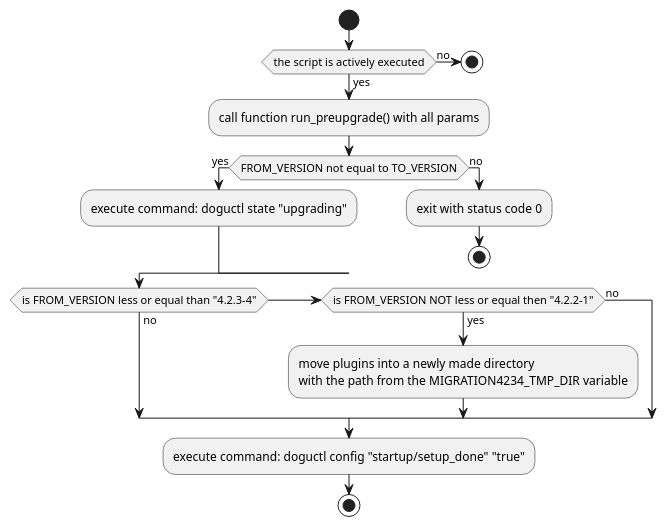
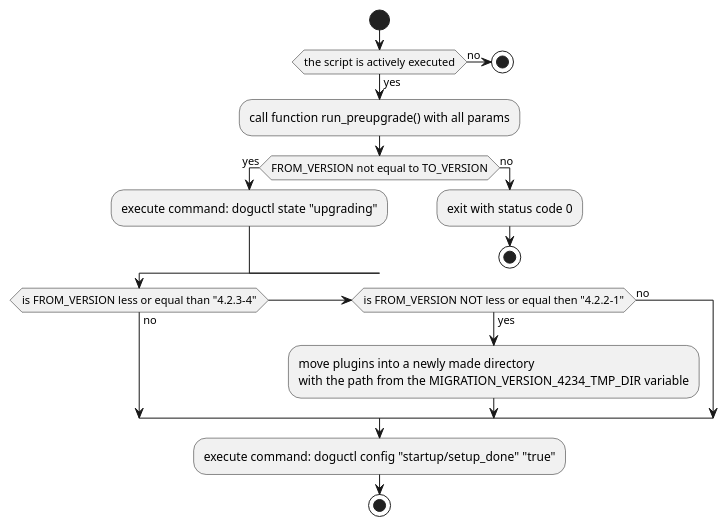
One commit to cloudogu/redmine changed the diagram in docs/development/figures/pre_upgrade_workflow.puml. Above: the diagram before and after it, drawn with PlantUML. The commit also changed 8 other files, not shown here.

```diff
--- a/docs/development/figures/pre_upgrade_workflow.puml
+++ b/docs/development/figures/pre_upgrade_workflow.puml
@@ -1,27 +1,27 @@
 @startuml
 start
 
 if (the script is actively executed) then (yes)
 :call function run_preupgrade() with all params;
 else (no)
  stop
 endif
 
 if (FROM_VERSION not equal to TO_VERSION) then (yes)
 :execute command: doguctl state "upgrading";
 else (no)
 :exit with status code 0;
 stop
 endif
 
 if (is FROM_VERSION less or equal than "4.2.3-4") then (no)
     elseif (is FROM_VERSION NOT less or equal then "4.2.2-1") then (yes)
     :move plugins into a newly made directory
-    with the path from the MIGRATION4234_TMP_DIR variable;
+    with the path from the MIGRATION_VERSION_4234_TMP_DIR variable;
    else (no)
 endif
 
 :execute command: doguctl config "startup/setup_done" "true";
 stop
 
 @enduml
```
